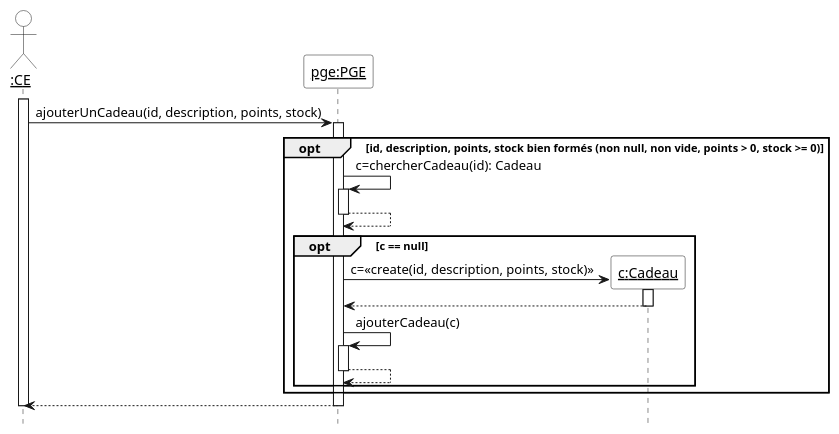
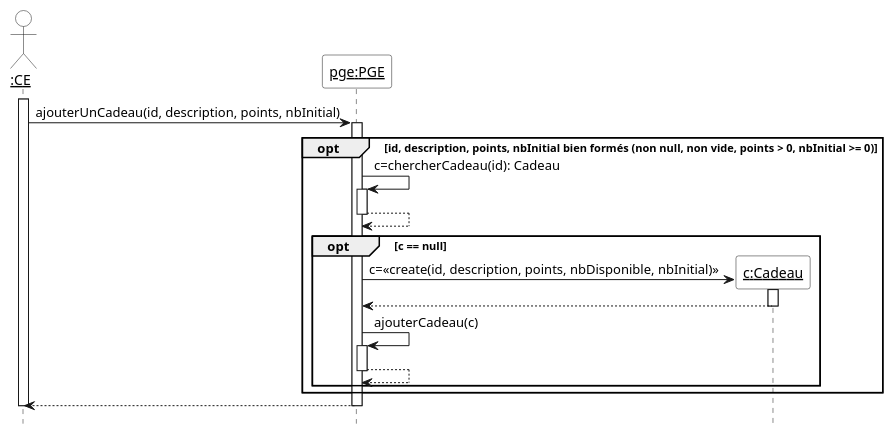
The diagram in Diagrammes/pge_uml_diag_seq_ajouter_un_cadeau.pu (yasminebelmaaziz/dev_logiciel), drawn with PlantUML before and after one commit. The commit also changed 16 other files, not shown here.

```diff
--- a/Diagrammes/pge_uml_diag_seq_ajouter_un_cadeau.pu
+++ b/Diagrammes/pge_uml_diag_seq_ajouter_un_cadeau.pu
@@ -1,25 +1,25 @@
 @startuml
 hide footbox
 skinparam sequenceParticipantBackgroundColor White
 skinparam sequenceActorBackgroundColor White
 
 actor "__:CE__" as ce
 participant "__pge:PGE__" as pge
 
 activate ce
-ce -> pge ++ : ajouterUnCadeau(id, description, points, stock)
-opt id, description, points, stock bien formés (non null, non vide, points > 0, stock >= 0)
+ce -> pge ++ : ajouterUnCadeau(id, description, points, nbInitial)
+opt id, description, points, nbInitial bien formés (non null, non vide, points > 0, nbInitial >= 0)
   pge -> pge ++ : c=chercherCadeau(id): Cadeau
   return
   
   opt c == null
     create "__c:Cadeau__" as c
-    pge -> c ++ : c=<<create(id, description, points, stock)>>
+    pge -> c ++ : c=<<create(id, description, points, nbDisponible, nbInitial)>>
     return
     pge -> pge ++ : ajouterCadeau(c)
     return
   end
 end
 return
 deactivate ce
 @enduml
```
